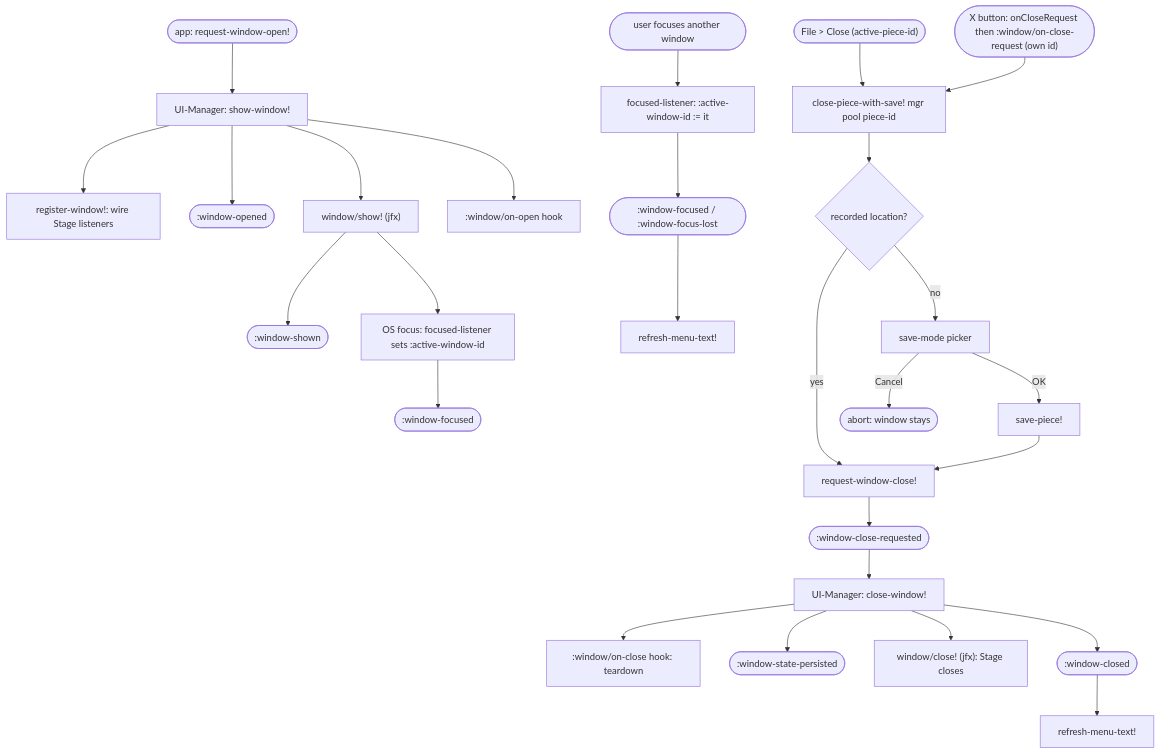
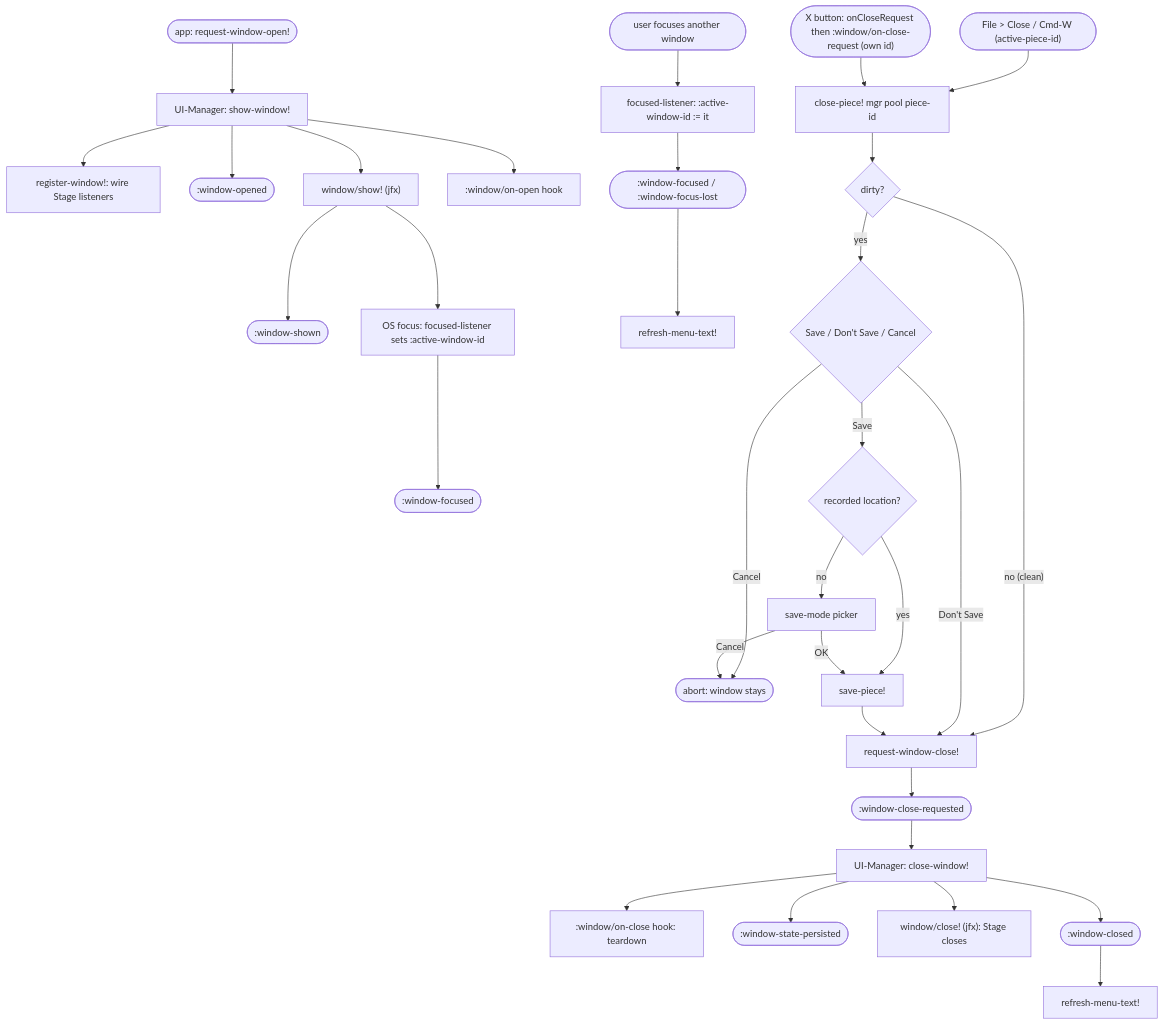
Before and after one commit to PeterBengtson/Ooloi-docs: the diagram in guides/FRONTEND_ARCHITECTURE_GUIDE.md, drawn with Mermaid. The commit also changed other lines of this file and 4 other files, not shown here.

````diff
--- a/guides/FRONTEND_ARCHITECTURE_GUIDE.md
+++ b/guides/FRONTEND_ARCHITECTURE_GUIDE.md
@@ -357,33 +357,39 @@
 ```mermaid
 flowchart TD
   %% ── OPEN ──
   o0(["app: request-window-open!"]) --> o1["UI-Manager: show-window!"]
   o1 --> o2["register-window!: wire Stage listeners"]
   o1 --> oe1([":window-opened"])
   o1 --> o3["window/show! (jfx)"]
   o3 --> oe2([":window-shown"])
   o3 --> o4["OS focus: focused-listener sets :active-window-id"]
   o4 --> oe3([":window-focused"])
   o1 --> o5[":window/on-open hook"]
 
   %% ── FOCUS SWITCH ──
   f0(["user focuses another window"]) --> f1["focused-listener: :active-window-id := it"]
   f1 --> fe1([":window-focused / :window-focus-lost"])
   fe1 --> f2["refresh-menu-text!"]
 
   %% ── CLOSE (butterfly: two entries in, teardown out) ──
-  c0a(["File > Close (active-piece-id)"]) --> waist["close-piece-with-save! mgr pool piece-id"]
+  c0a(["File > Close / Cmd-W (active-piece-id)"]) --> waist["close-piece! mgr pool piece-id"]
   c0b(["X button: onCloseRequest then :window/on-close-request (own id)"]) --> waist
-  waist --> dec{"recorded location?"}
-  dec -- yes --> rwc["request-window-close!"]
-  dec -- no --> pk["save-mode picker"]
-  pk -- OK --> sp["save-piece!"] --> rwc
-  pk -- Cancel --> ab(["abort: window stays"])
+  waist --> dirty{"dirty?"}
+  dirty -- "no (clean)" --> rwc["request-window-close!"]
+  dirty -- yes --> ask{"Save / Don't Save / Cancel"}
+  ask -- "Don't Save" --> rwc
+  ask -- Cancel --> ab(["abort: window stays"])
+  ask -- Save --> loc{"recorded location?"}
+  loc -- yes --> sp["save-piece!"]
+  loc -- no --> pk["save-mode picker"]
+  pk -- OK --> sp
+  pk -- Cancel --> ab
+  sp --> rwc
   rwc --> ce1([":window-close-requested"])
   ce1 --> cw["UI-Manager: close-window!"]
   cw --> c1[":window/on-close hook: teardown"]
   cw --> ce2([":window-state-persisted"])
   cw --> c2["window/close! (jfx): Stage closes"]
   cw --> ce3([":window-closed"])
   ce3 --> f3["refresh-menu-text!"]
 ```
````
